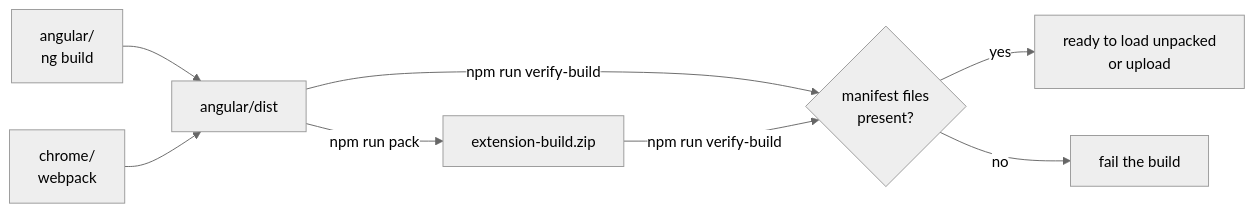
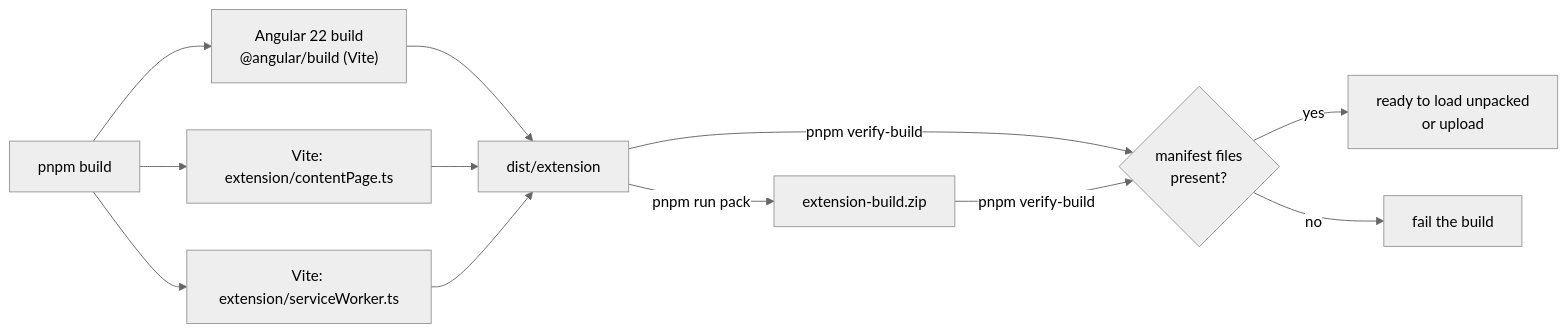
The third of 3 diagrams in docs/architecture.md (selegic/switch-to-classic), drawn with Mermaid (neutral theme) before and after one commit. The commit also changed other lines of this file and 77 other files, not shown here.

First line of the commit message:
build: upgrade to Angular 22, Vite 8 and pnpm 12 (#17)

````diff
--- a/docs/architecture.md
+++ b/docs/architecture.md
@@ -126,10 +133,14 @@
 ```mermaid
 flowchart LR
-    A["angular/<br/>ng build"] --> D["angular/dist"]
-    B["chrome/<br/>webpack"] --> D
-    D -->|"npm run pack"| Z["extension-build.zip"]
-    D -->|"npm run verify-build"| V{"manifest files<br/>present?"}
-    Z -->|"npm run verify-build"| V
+    A["pnpm build"] --> B["Angular 22 build<br/>@angular/build (Vite)"]
+    A --> C["Vite: extension/contentPage.ts"]
+    A --> D["Vite: extension/serviceWorker.ts"]
+    B --> E["dist/extension"]
+    C --> E
+    D --> E
+    E -->|"pnpm run pack"| Z["extension-build.zip"]
+    E -->|"pnpm verify-build"| V{"manifest files<br/>present?"}
+    Z -->|"pnpm verify-build"| V
     V -->|yes| OK["ready to load unpacked<br/>or upload"]
     V -->|no| FAIL["fail the build"]
 ```
````
